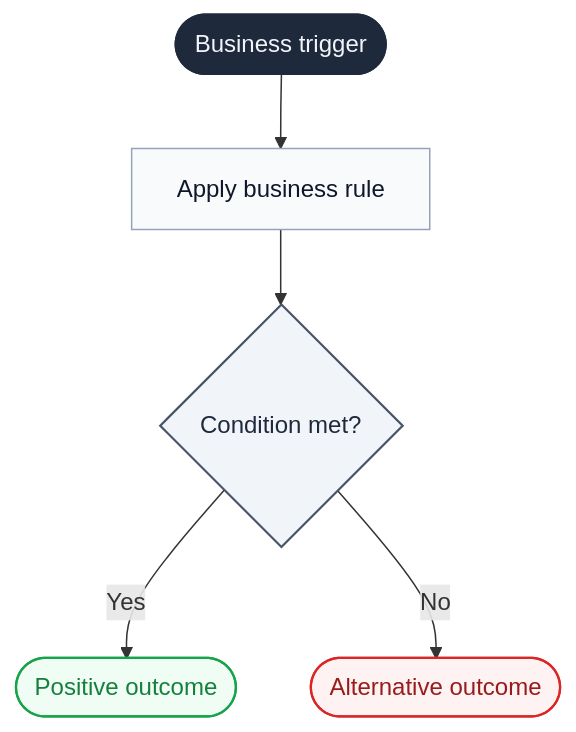
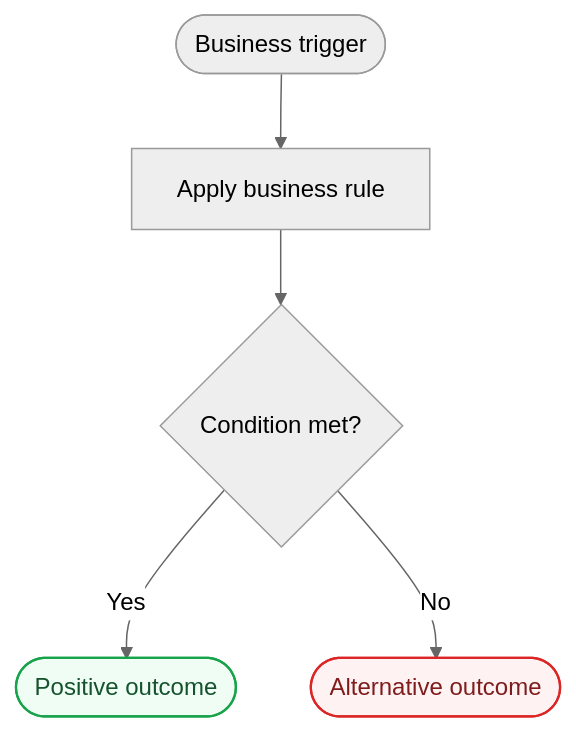
The diagram in agent-kit/skeletons/_business-implementation-report.md (Hotusa-Data/ehc-agent-harness), drawn with Mermaid before and after one commit. The commit also changed 15 other files, not shown here.

Commit message:
improve mermaid diagrams

````diff
--- a/agent-kit/skeletons/_business-implementation-report.md
+++ b/agent-kit/skeletons/_business-implementation-report.md
@@ -37,27 +37,25 @@
 ```mermaid
+---
+config:
+  theme: neutral
+---
 flowchart TD
     accTitle: Implemented business flow
     accDescr: Business trigger, main decision, implemented outcomes.
 
     start_event(["Business trigger"])
     apply_rule["Apply business rule"]
     decide{"Condition met?"}
     ok(["Positive outcome"])
     ko(["Alternative outcome"])
 
     start_event --> apply_rule --> decide
     decide -->|Yes| ok
     decide -->|No| ko
 
-    classDef start_end fill:#1e293b,stroke:#1e293b,stroke-width:2px,color:#f1f5f9
-    classDef action    fill:#f8fafc,stroke:#94a3b8,stroke-width:1px,color:#0f172a
-    classDef decision  fill:#f1f5f9,stroke:#475569,stroke-width:1.5px,color:#1e293b
-    classDef ok        fill:#f0fdf4,stroke:#16a34a,stroke-width:1.5px,color:#15803d
-    classDef ko        fill:#fef2f2,stroke:#dc2626,stroke-width:1.5px,color:#991b1b
+    classDef ok fill:#f0fdf4,stroke:#16a34a,stroke-width:1.5px,color:#14532d
+    classDef ko fill:#fef2f2,stroke:#dc2626,stroke-width:1.5px,color:#7f1d1d
 
-    class start_event start_end
-    class apply_rule action
-    class decide decision
     class ok ok
     class ko ko
 ```
````
